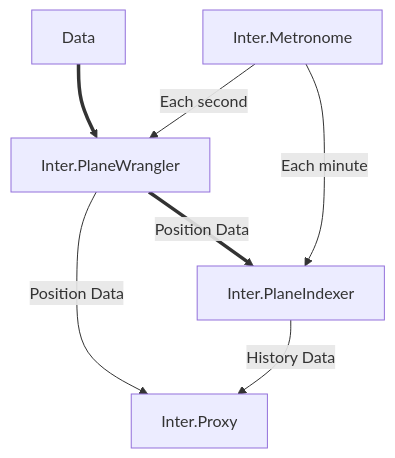
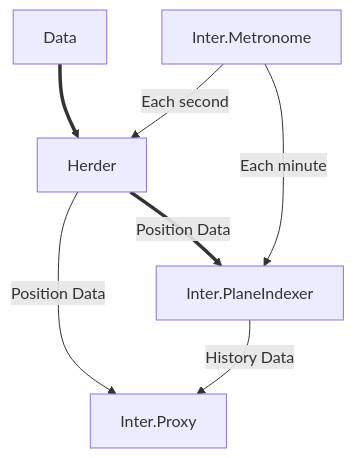
The first of 3 diagrams in profile/README.md (InterMW/.github), drawn with Mermaid before and after one commit.

````diff
--- a/profile/README.md
+++ b/profile/README.md
@@ -7,9 +7,9 @@
 ```mermaid
 graph TD;
-    Data==>Inter.PlaneWrangler;
-    Inter.Metronome --> | Each second | Inter.PlaneWrangler;
+    Data==>Herder;
+    Inter.Metronome --> | Each second | Herder;
     Inter.Metronome --> | Each minute | Inter.PlaneIndexer;
-    Inter.PlaneWrangler--> |Position Data| Inter.Proxy;
+    Herder --> |Position Data| Inter.Proxy;
     Inter.PlaneIndexer --> |History Data| Inter.Proxy; 
-    Inter.PlaneWrangler==> |Position Data| Inter.PlaneIndexer;
+    Herder==> |Position Data| Inter.PlaneIndexer;
 ```
````
